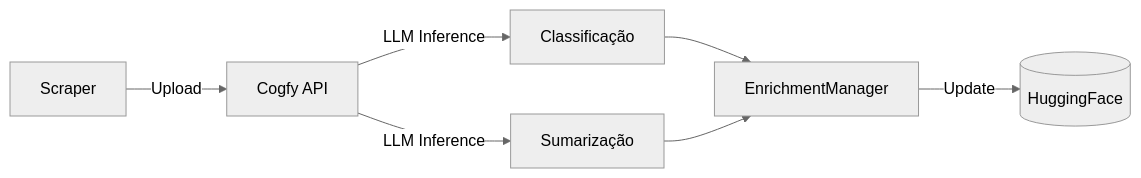
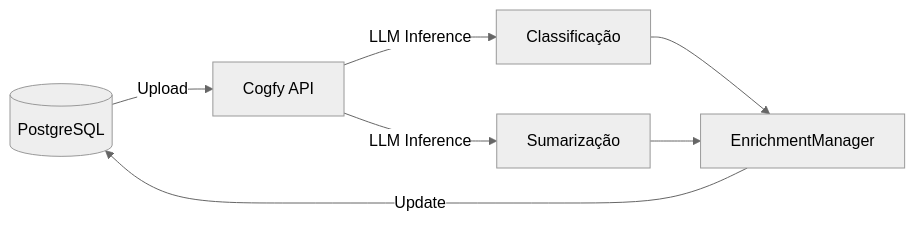
The first of 2 diagrams in docs/modulos/cogfy-integracao.md (destaquesgovbr/docs), drawn with Mermaid (neutral theme) before and after one commit. The commit also changed other lines of this file and 5 other files, not shown here.

````diff
--- a/docs/modulos/cogfy-integracao.md
+++ b/docs/modulos/cogfy-integracao.md
@@ -12,9 +12,9 @@
 ```mermaid
 flowchart LR
-    SC[Scraper] -->|Upload| CF[Cogfy API]
+    PG[(PostgreSQL)] -->|Upload| CF[Cogfy API]
     CF -->|LLM Inference| CL[Classificação]
     CF -->|LLM Inference| SU[Sumarização]
     CL --> EN[EnrichmentManager]
     SU --> EN
-    EN -->|Update| HF[(HuggingFace)]
+    EN -->|Update| PG
 ```
````
